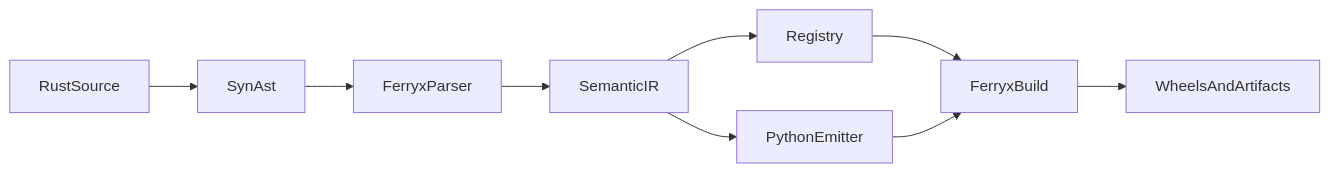
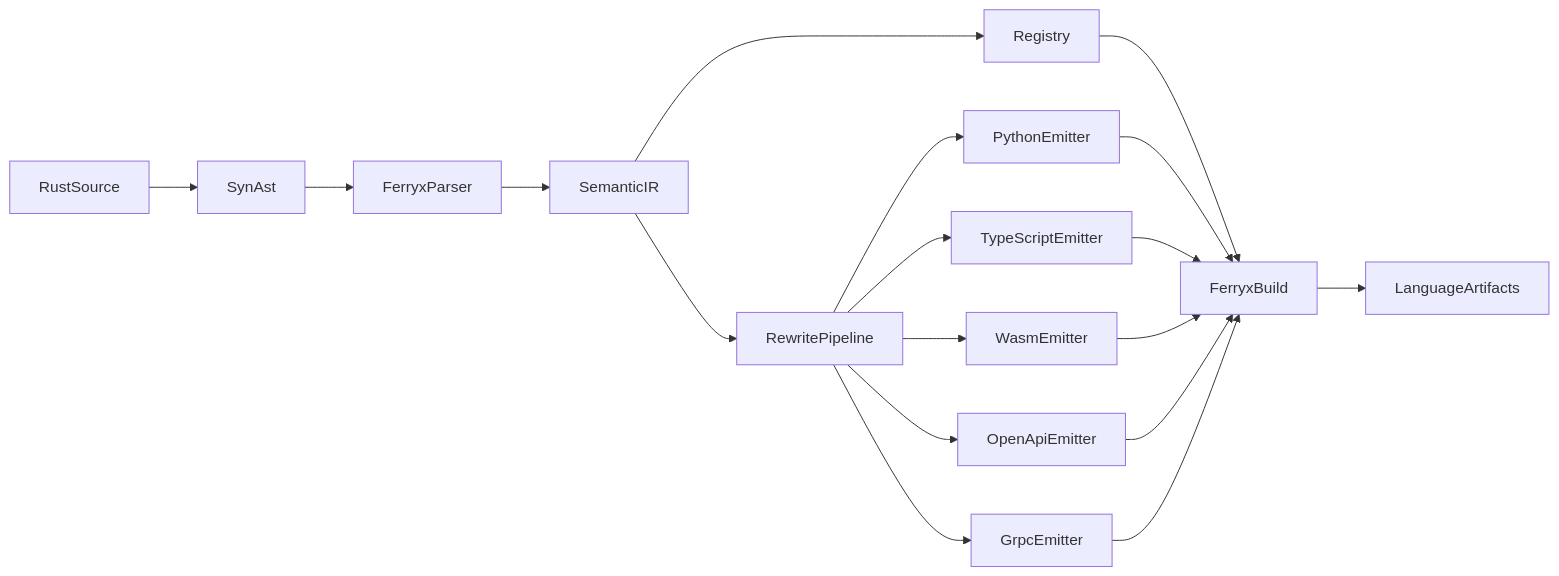
Before and after one commit to rithulkamesh/ferryx: the diagram in architecture/overview.md, drawn with Mermaid. The commit also changed other lines of this file and 90 other files, not shown here.

````diff
--- a/architecture/overview.md
+++ b/architecture/overview.md
@@ -11,11 +12,20 @@
 ```mermaid
 flowchart LR
   source[RustSource] --> ast[SynAst]
   ast --> parser[FerryxParser]
   parser --> ir[SemanticIR]
   ir --> runtime[Registry]
-  ir --> emitter[PythonEmitter]
+  ir --> rewrite[RewritePipeline]
+  rewrite --> pyEmitter[PythonEmitter]
+  rewrite --> tsEmitter[TypeScriptEmitter]
+  rewrite --> wasmEmitter[WasmEmitter]
+  rewrite --> openapiEmitter[OpenApiEmitter]
+  rewrite --> grpcEmitter[GrpcEmitter]
   runtime --> build[FerryxBuild]
-  emitter --> build
-  build --> output[WheelsAndArtifacts]
+  pyEmitter --> build
+  tsEmitter --> build
+  wasmEmitter --> build
+  openapiEmitter --> build
+  grpcEmitter --> build
+  build --> output[LanguageArtifacts]
 ```
````
